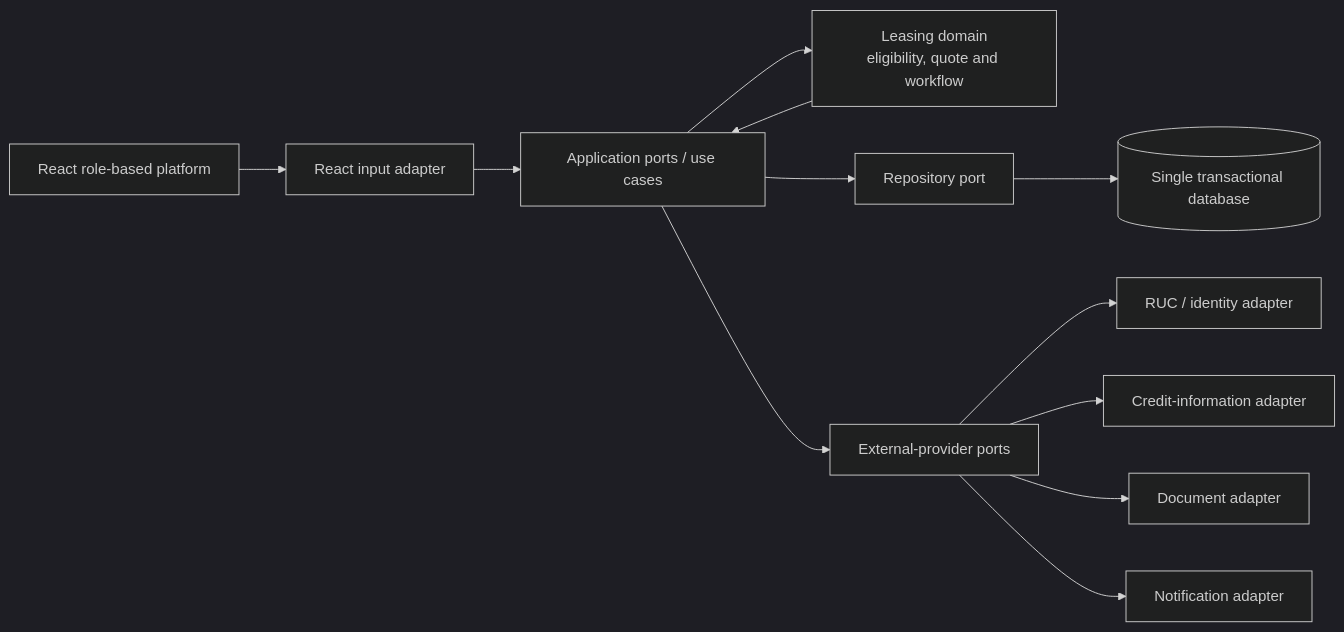
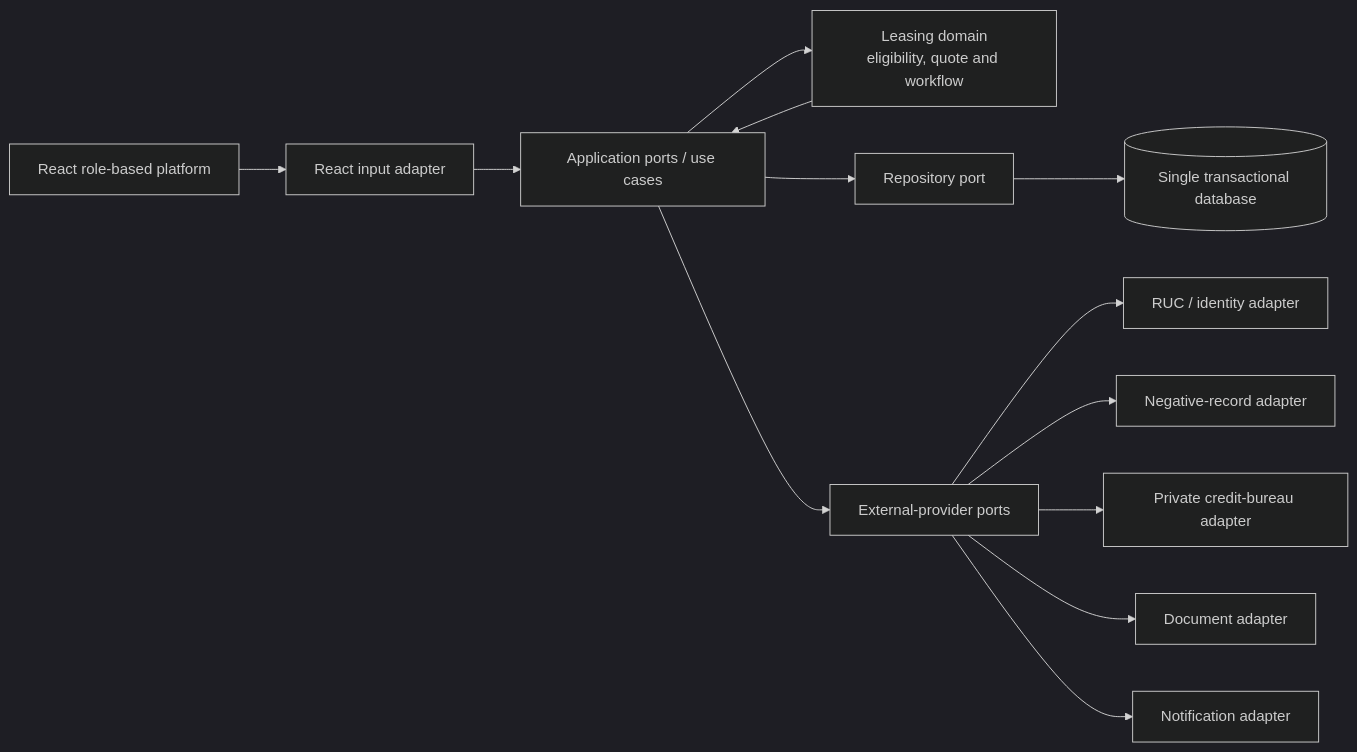
Before and after one commit to manyorycuevamendoza/ArquitecturaSoftware: the diagram in Lab2/Architecture.md, drawn with Mermaid (dark theme). The commit also changed other lines of this file and 16 other files, not shown here.

````diff
--- a/Lab2/Architecture.md
+++ b/Lab2/Architecture.md
@@ -11,14 +11,15 @@
 ```mermaid
 flowchart LR
     WEB[React role-based platform] --> UI[React input adapter]
     UI --> PORTS[Application ports / use cases]
     PORTS --> DOMAIN[Leasing domain<br/>eligibility, quote and workflow]
     DOMAIN --> PORTS
     PORTS --> REPO[Repository port]
     PORTS --> EXT[External-provider ports]
     REPO --> DB[(Single transactional database)]
     EXT --> RUC[RUC / identity adapter]
-    EXT --> CREDIT[Credit-information adapter]
+    EXT --> NEG[Negative-record adapter]
+    EXT --> BUREAU[Private credit-bureau adapter]
     EXT --> DOCS[Document adapter]
     EXT --> NOTIFY[Notification adapter]
 ```
````
